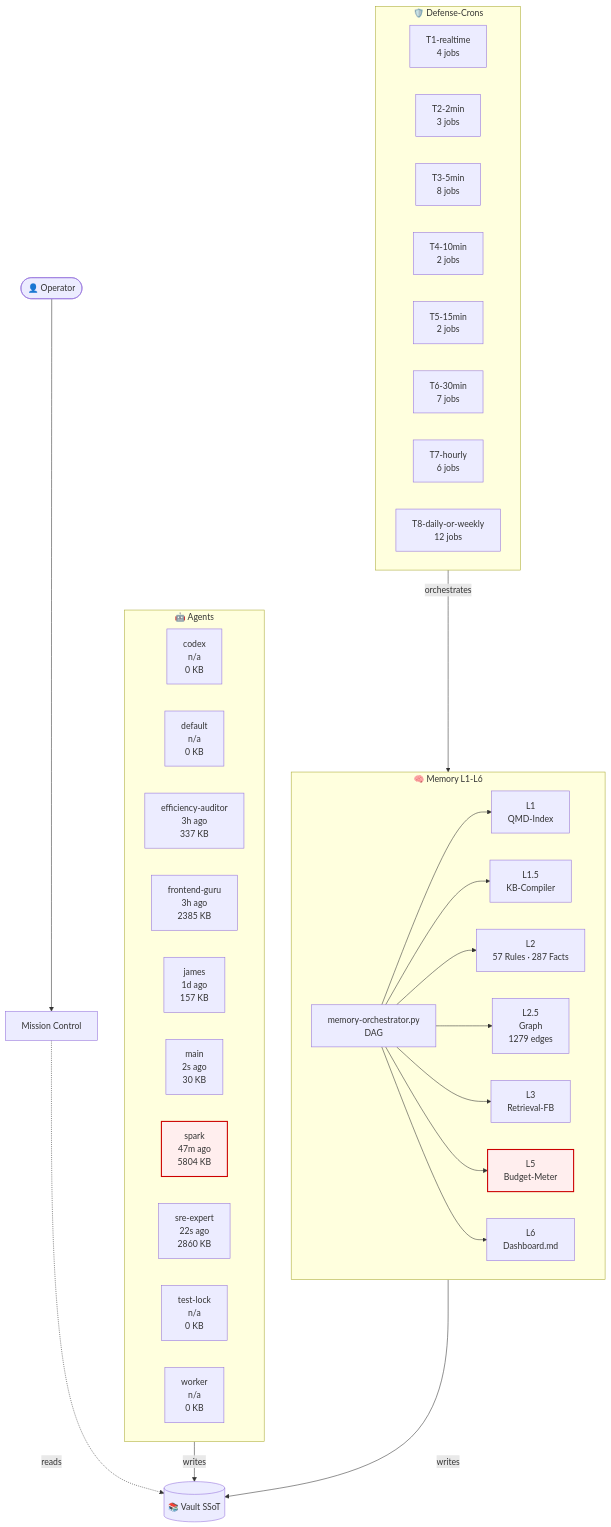
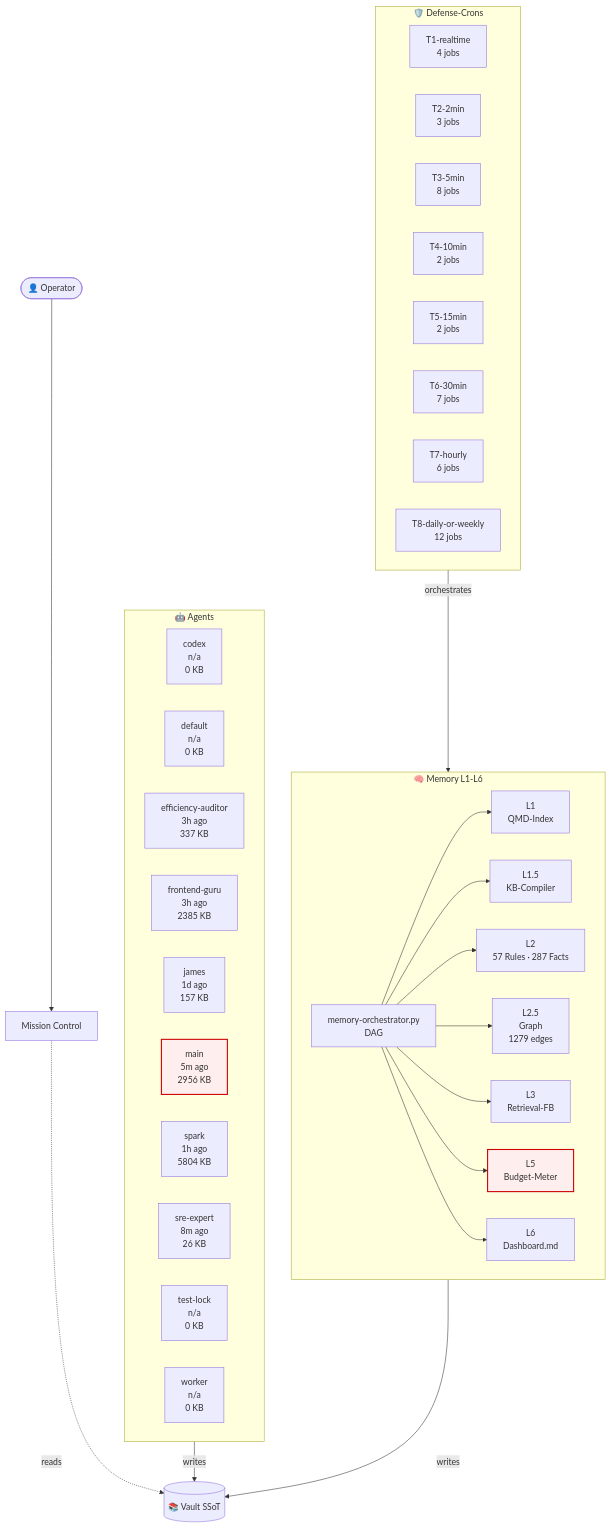
The diagram in 03-Agents/architecture-live.md (lenardhuebner88-rgb/openclaw-memory), drawn with Mermaid before and after one commit. The commit also changed other lines of this file and 14 other files, not shown here.

````diff
--- a/03-Agents/architecture-live.md
+++ b/03-Agents/architecture-live.md
@@ -18,53 +18,53 @@
 ```mermaid
 flowchart TB
     classDef critical fill:#fee,stroke:#c00,stroke-width:2px;
     subgraph AGT["🤖 Agents"]
         agent_codex["codex<br/>n/a<br/>0 KB"]
         agent_default["default<br/>n/a<br/>0 KB"]
         agent_efficiency_auditor["efficiency-auditor<br/>3h ago<br/>337 KB"]
         agent_frontend_guru["frontend-guru<br/>3h ago<br/>2385 KB"]
         agent_james["james<br/>1d ago<br/>157 KB"]
-        agent_main["main<br/>2s ago<br/>30 KB"]
-        agent_spark["spark<br/>47m ago<br/>5804 KB"]
-        agent_sre_expert["sre-expert<br/>22s ago<br/>2860 KB"]
+        agent_main["main<br/>5m ago<br/>2956 KB"]
+        agent_spark["spark<br/>1h ago<br/>5804 KB"]
+        agent_sre_expert["sre-expert<br/>8m ago<br/>26 KB"]
         agent_test_lock["test-lock<br/>n/a<br/>0 KB"]
         agent_worker["worker<br/>n/a<br/>0 KB"]
     end
     subgraph MEM["🧠 Memory L1-L6"]
         L1["L1<br/>QMD-Index"]
         L15["L1.5<br/>KB-Compiler"]
         L2["L2<br/>57 Rules · 287 Facts"]
         L25["L2.5<br/>Graph<br/>1279 edges"]
         L3["L3<br/>Retrieval-FB"]
         L5["L5<br/>Budget-Meter"]
         L6["L6<br/>Dashboard.md"]
         ORCH["memory-orchestrator.py<br/>DAG"]
     end
     subgraph CRN["🛡️ Defense-Crons"]
         tier_T1_realtime["T1-realtime<br/>4 jobs"]
         tier_T2_2min["T2-2min<br/>3 jobs"]
         tier_T3_5min["T3-5min<br/>8 jobs"]
         tier_T4_10min["T4-10min<br/>2 jobs"]
         tier_T5_15min["T5-15min<br/>2 jobs"]
         tier_T6_30min["T6-30min<br/>7 jobs"]
         tier_T7_hourly["T7-hourly<br/>6 jobs"]
         tier_T8_daily_or_weekly["T8-daily-or-weekly<br/>12 jobs"]
     end
     VAULT[("📚 Vault SSoT")]
     OP([👤 Operator])
     MC["Mission Control"]
     OP --> MC
     MC -.reads.-> VAULT
     AGT -->|writes| VAULT
     MEM -->|writes| VAULT
     ORCH --> L1
     ORCH --> L15
     ORCH --> L2
     ORCH --> L25
     ORCH --> L3
     ORCH --> L5
     ORCH --> L6
     CRN -->|orchestrates| MEM
     class L5 critical
-    class agent_spark critical
+    class agent_main critical
 ```
````
